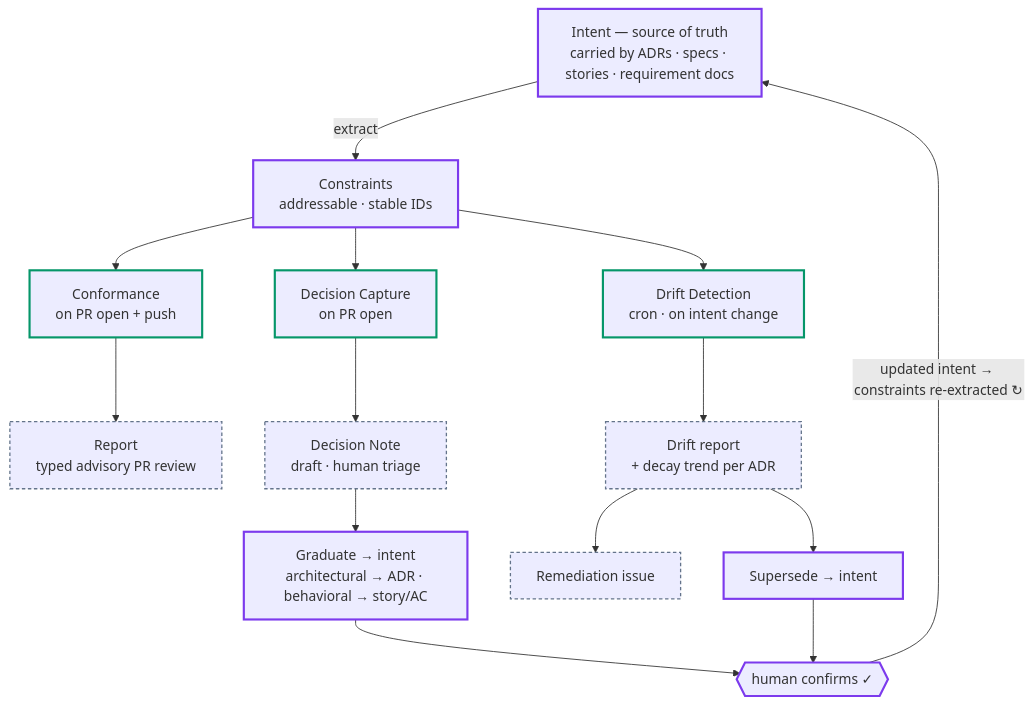
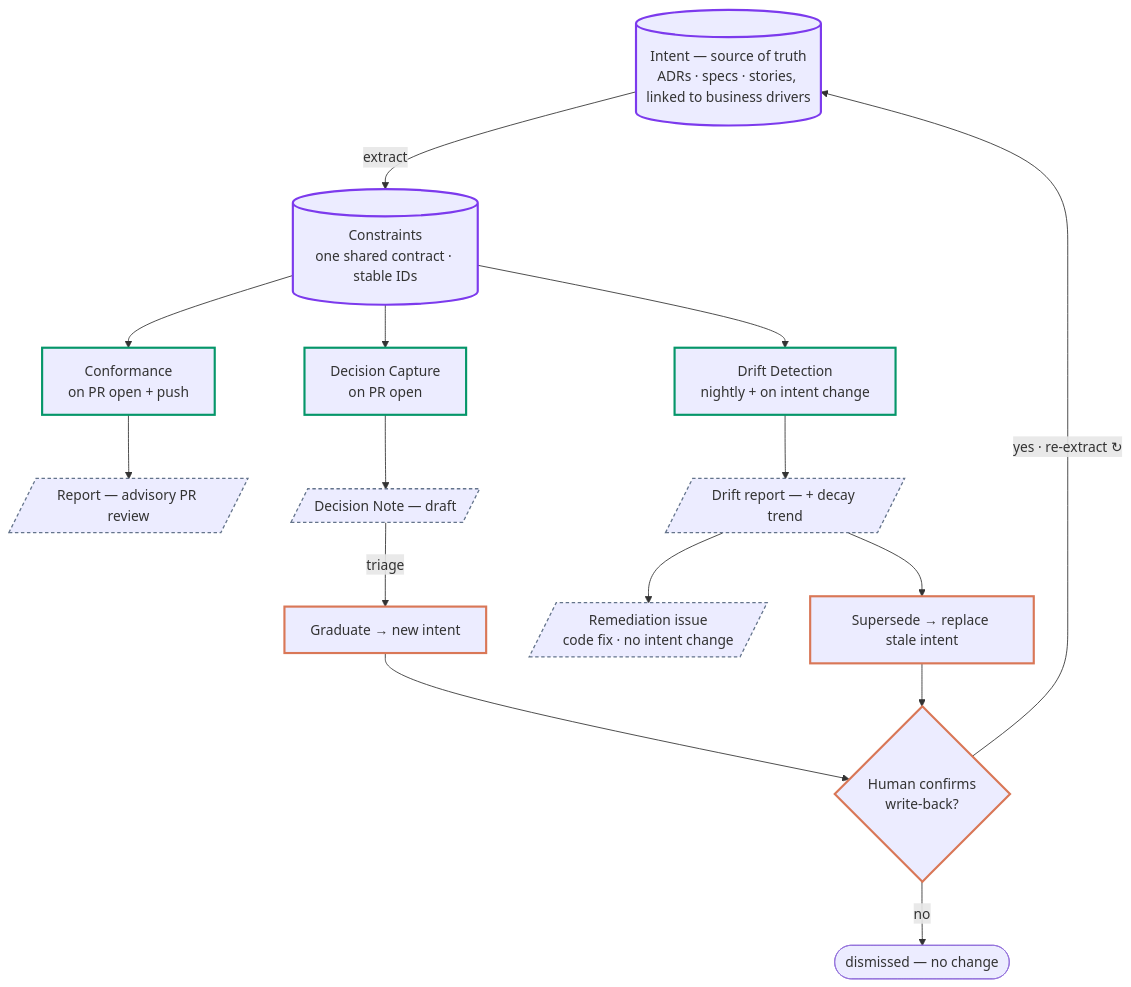
The diagram in README.md (fang-lin/GlobalHack-DeliveryRadar), drawn with Mermaid before and after one commit. The commit also changed other lines of this file, not shown here.

Commit message:
docs: redraw IIAC Loop as a proper flowchart with standard shapes (cylinder=store, rect=process, parallelogram=output, diamond=decision)
Incorporates the 3-agent diagram consult:
- standard flowchart shapes carry node kind (clearer than color alone)
- human gate is now a real decision diamond with yes/no (no→dismissed); fixes the single-exit-hexagon issue
- REM explained (code fix · no intent change), correctly terminal (doesn't touch intent)
- Graduate→new intent vs Supersede→replace stale intent disambiguated
- alignment/convergence stated in the lead-in; driver link kept on Intent; shape legend moved above the diagram

````diff
--- a/README.md
+++ b/README.md
@@ -83,36 +90,40 @@
 ```mermaid
 flowchart TB
-    I["Intent — source of truth<br/>carried by ADRs · specs · stories · requirement docs"]
-    C["Constraints<br/>addressable · stable IDs"]
+    I[("Intent — source of truth<br/>ADRs · specs · stories, linked to business drivers")]
+    C[("Constraints<br/>one shared contract · stable IDs")]
     CONF["Conformance<br/>on PR open + push"]
     CAP["Decision Capture<br/>on PR open"]
-    DRIFT["Drift Detection<br/>cron · on intent change"]
-    R["Report<br/>typed advisory PR review"]
-    DN["Decision Note<br/>draft · human triage"]
-    DR["Drift report<br/>+ decay trend per ADR"]
-    G["Graduate → intent<br/>architectural → ADR · behavioral → story/AC"]
-    REM["Remediation issue"]
-    SUP["Supersede → intent"]
-    H{{"human confirms ✓"}}
+    DRIFT["Drift Detection<br/>nightly + on intent change"]
+    R[/"Report — advisory PR review"/]
+    DN[/"Decision Note — draft"/]
+    DR[/"Drift report — + decay trend"/]
+    REM[/"Remediation issue<br/>code fix · no intent change"/]
+    G["Graduate → new intent"]
+    SUP["Supersede → replace stale intent"]
+    H{"Human confirms<br/>write-back?"}
+    X(["dismissed — no change"])
 
     I -- extract --> C
     C --> CONF
     C --> CAP
     C --> DRIFT
     CONF --> R
     CAP --> DN
+    DN -- triage --> G
     DRIFT --> DR
-    DN --> G
     DR --> REM
     DR --> SUP
     G --> H
     SUP --> H
-    H -- "updated intent → constraints re-extracted ↻" --> I
+    H -- "yes · re-extract ↻" --> I
+    H -- no --> X
 
-    classDef intent stroke:#7c3aed,stroke-width:2.5px;
-    class I,C,G,SUP,H intent;
+    classDef store stroke:#7c3aed,stroke-width:2.5px;
+    class I,C store;
     classDef op stroke:#059669,stroke-width:2.5px;
     class CONF,CAP,DRIFT op;
-    classDef artifact stroke:#64748b,stroke-width:1.5px,stroke-dasharray:4 3;
-    class R,DN,DR,REM artifact;
+    classDef output stroke:#64748b,stroke-width:1.5px,stroke-dasharray:4 3;
+    class R,DN,DR,REM output;
+    classDef gate stroke:#d97757,stroke-width:2.5px;
+    class G,SUP,H gate;
 ```
````
